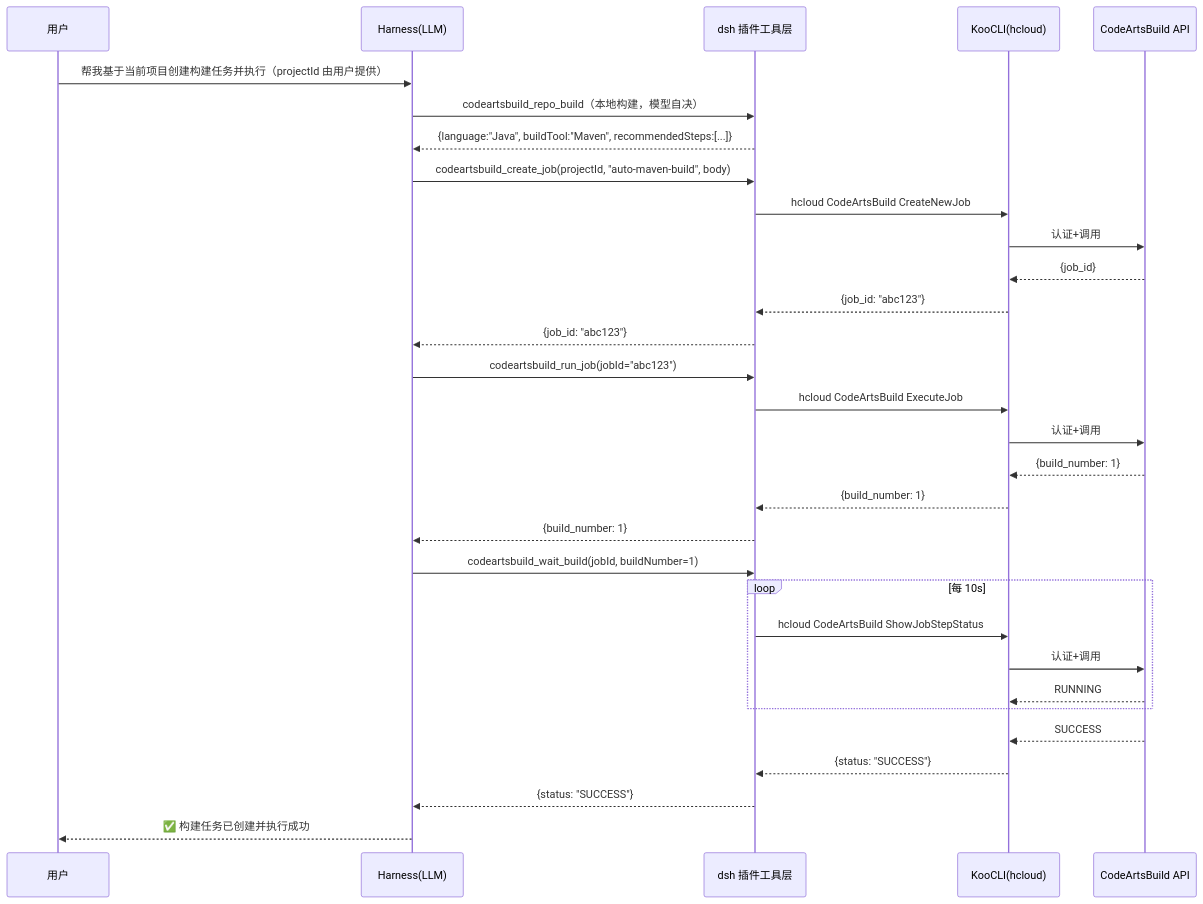
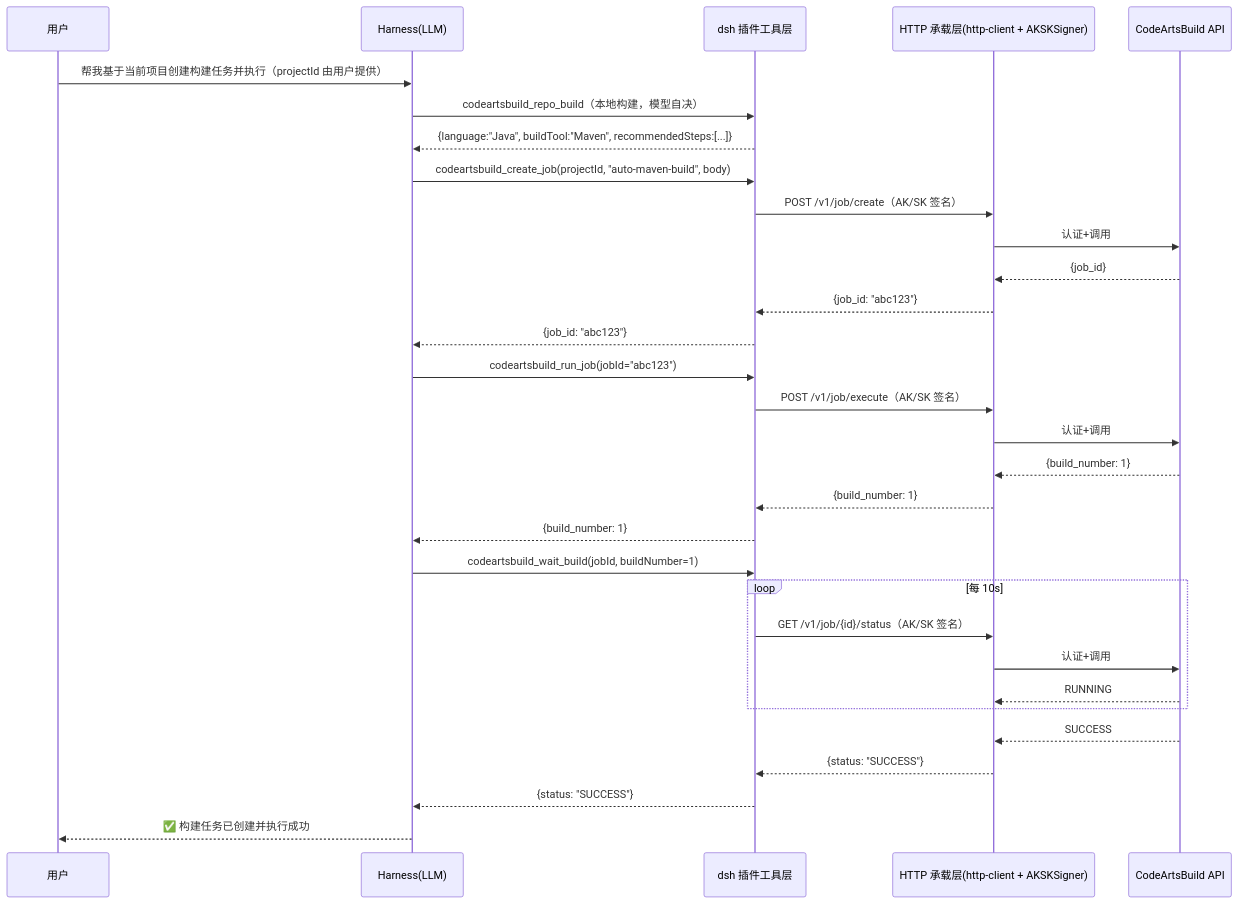
One commit to bald-newcomer/dsh-codeartsbuild changed the second of 4 diagrams in docs/architecture/architecture.md. Above: the diagram before and after it, drawn with Mermaid. The commit also changed other lines of this file and 16 other files, not shown here.

````diff
--- a/docs/architecture/architecture.md
+++ b/docs/architecture/architecture.md
@@ -514,34 +551,34 @@
 ```mermaid
 sequenceDiagram
     participant U as 用户
     participant H as Harness(LLM)
     participant P as dsh 插件工具层
-    participant K as KooCLI(hcloud)
+    participant C as HTTP 承载层(http-client + AKSKSigner)
     participant API as CodeArtsBuild API
 
     U->>H: 帮我基于当前项目创建构建任务并执行（projectId 由用户提供）
     H->>P: codeartsbuild_repo_build（本地构建，模型自决）
     P-->>H: {language:"Java", buildTool:"Maven", recommendedSteps:[...]}
     H->>P: codeartsbuild_create_job(projectId, "auto-maven-build", body)
-    P->>K: hcloud CodeArtsBuild CreateNewJob
-    K->>API: 认证+调用
-    API-->>K: {job_id}
-    K-->>P: {job_id: "abc123"}
+    P->>C: POST /v1/job/create（AK/SK 签名）
+    C->>API: 认证+调用
+    API-->>C: {job_id}
+    C-->>P: {job_id: "abc123"}
     P-->>H: {job_id: "abc123"}
     H->>P: codeartsbuild_run_job(jobId="abc123")
-    P->>K: hcloud CodeArtsBuild ExecuteJob
-    K->>API: 认证+调用
-    API-->>K: {build_number: 1}
-    K-->>P: {build_number: 1}
+    P->>C: POST /v1/job/execute（AK/SK 签名）
+    C->>API: 认证+调用
+    API-->>C: {build_number: 1}
+    C-->>P: {build_number: 1}
     P-->>H: {build_number: 1}
     H->>P: codeartsbuild_wait_build(jobId, buildNumber=1)
     loop 每 10s
-        P->>K: hcloud CodeArtsBuild ShowJobStepStatus
-        K->>API: 认证+调用
-        API-->>K: RUNNING
+        P->>C: GET /v1/job/{id}/status（AK/SK 签名）
+        C->>API: 认证+调用
+        API-->>C: RUNNING
     end
-    API-->>K: SUCCESS
-    K-->>P: {status: "SUCCESS"}
+    API-->>C: SUCCESS
+    C-->>P: {status: "SUCCESS"}
     P-->>H: {status: "SUCCESS"}
     H-->>U: ✅ 构建任务已创建并执行成功
 ```
````
